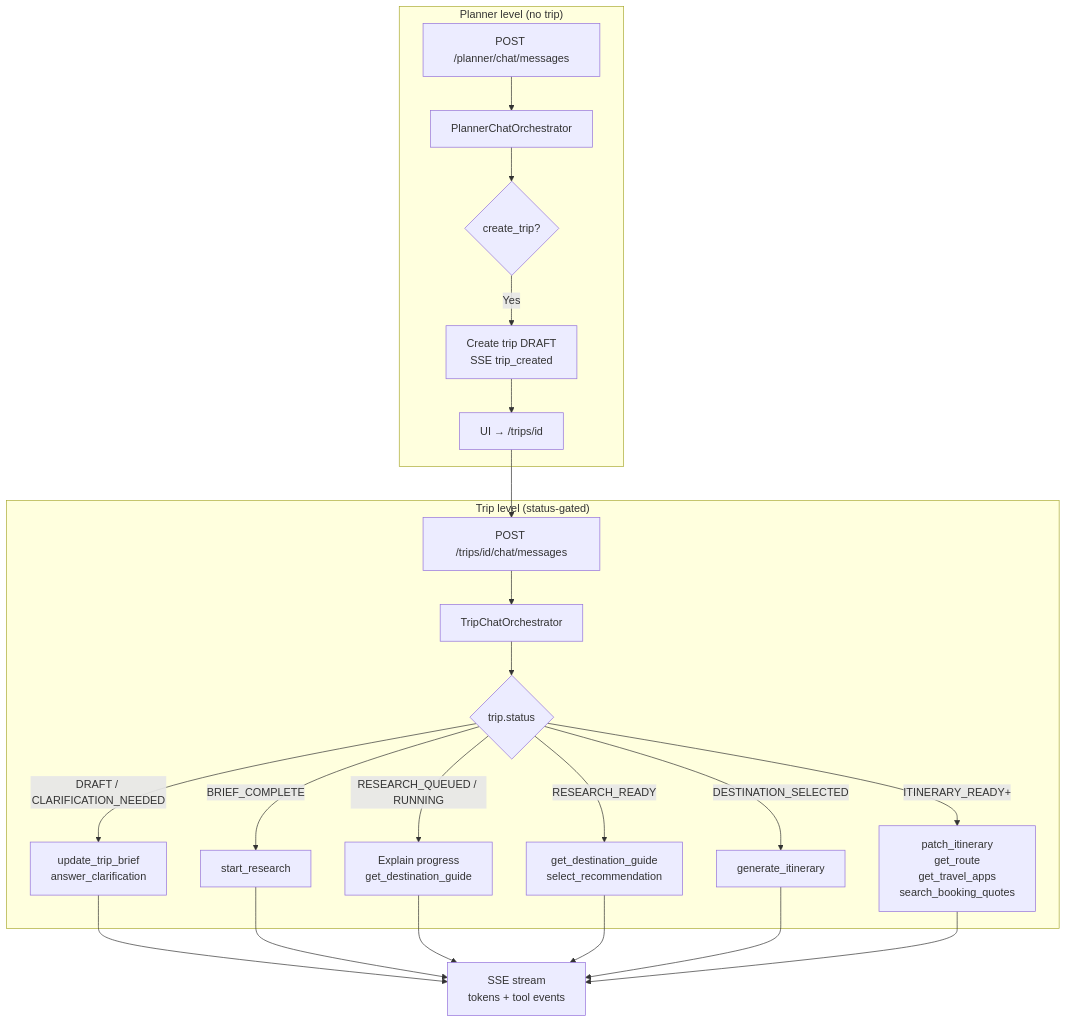
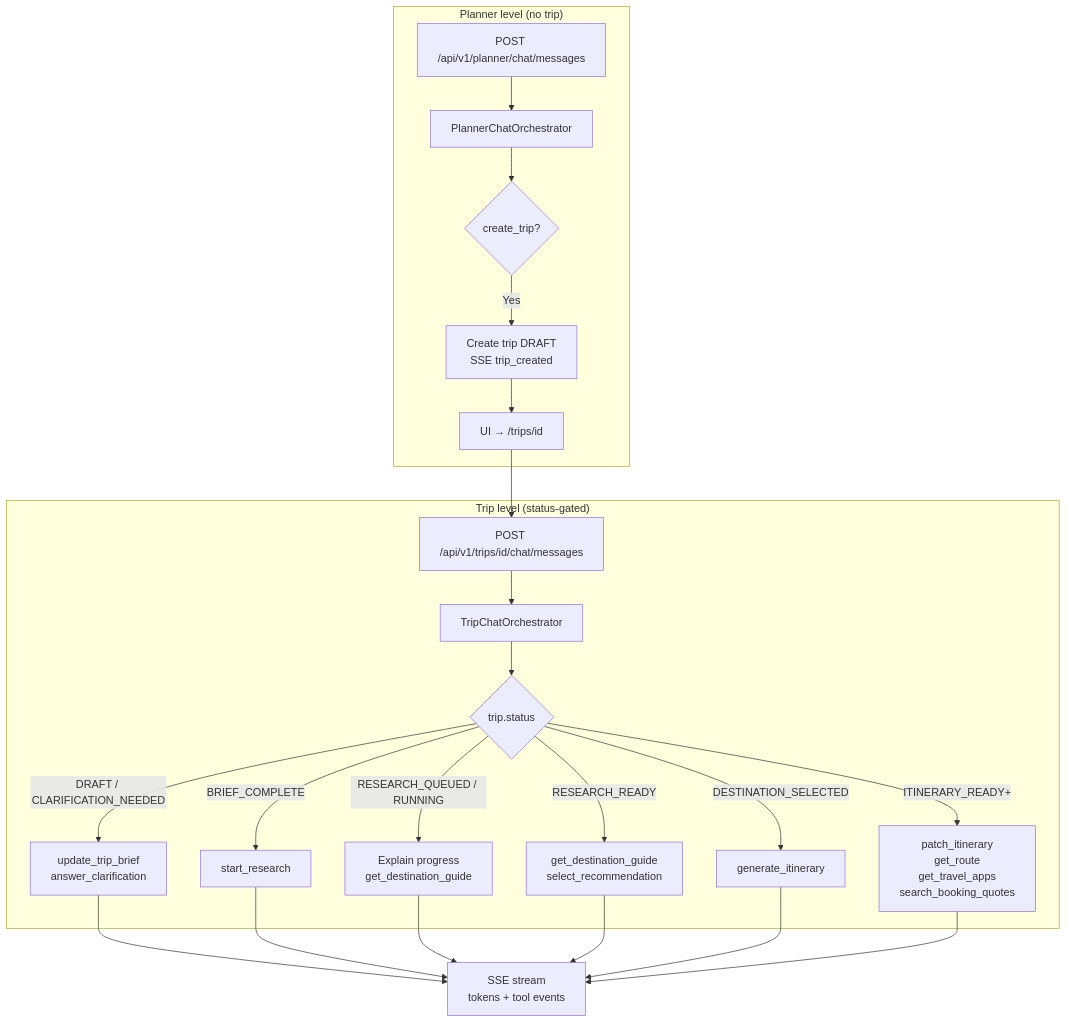
Before and after one commit to Voo6883/travel-planner: the fifth of 13 diagrams in docs/ARCHITECTURE-DIAGRAMS.md, drawn with Mermaid. The commit also changed other lines of this file and 9 other files, not shown here.

````diff
--- a/docs/ARCHITECTURE-DIAGRAMS.md
+++ b/docs/ARCHITECTURE-DIAGRAMS.md
@@ -293,31 +295,31 @@
 ```mermaid
 flowchart TD
     subgraph PlannerLevel["Planner level (no trip)"]
-        PM[POST /planner/chat/messages]
+        PM[POST /api/v1/planner/chat/messages]
         PM --> PA[PlannerChatOrchestrator]
         PA --> CT{create_trip?}
         CT -->|Yes| NewTrip[Create trip DRAFT<br/>SSE trip_created]
         NewTrip --> Navigate[UI → /trips/id]
     end
 
     subgraph TripLevel["Trip level (status-gated)"]
-        TM[POST /trips/id/chat/messages]
+        TM[POST /api/v1/trips/id/chat/messages]
         TM --> TA[TripChatOrchestrator]
         TA --> Status{trip.status}
 
         Status -->|DRAFT / CLARIFICATION_NEEDED| T1[update_trip_brief<br/>answer_clarification]
         Status -->|BRIEF_COMPLETE| T2[start_research]
         Status -->|RESEARCH_QUEUED / RUNNING| T3[Explain progress<br/>get_destination_guide]
         Status -->|RESEARCH_READY| T4[get_destination_guide<br/>select_recommendation]
         Status -->|DESTINATION_SELECTED| T5[generate_itinerary]
         Status -->|ITINERARY_READY+| T6[patch_itinerary<br/>get_route<br/>get_travel_apps<br/>search_booking_quotes]
     end
 
     Navigate --> TM
     T1 --> SSE[SSE stream<br/>tokens + tool events]
     T2 --> SSE
     T3 --> SSE
     T4 --> SSE
     T5 --> SSE
     T6 --> SSE
 ```
````
